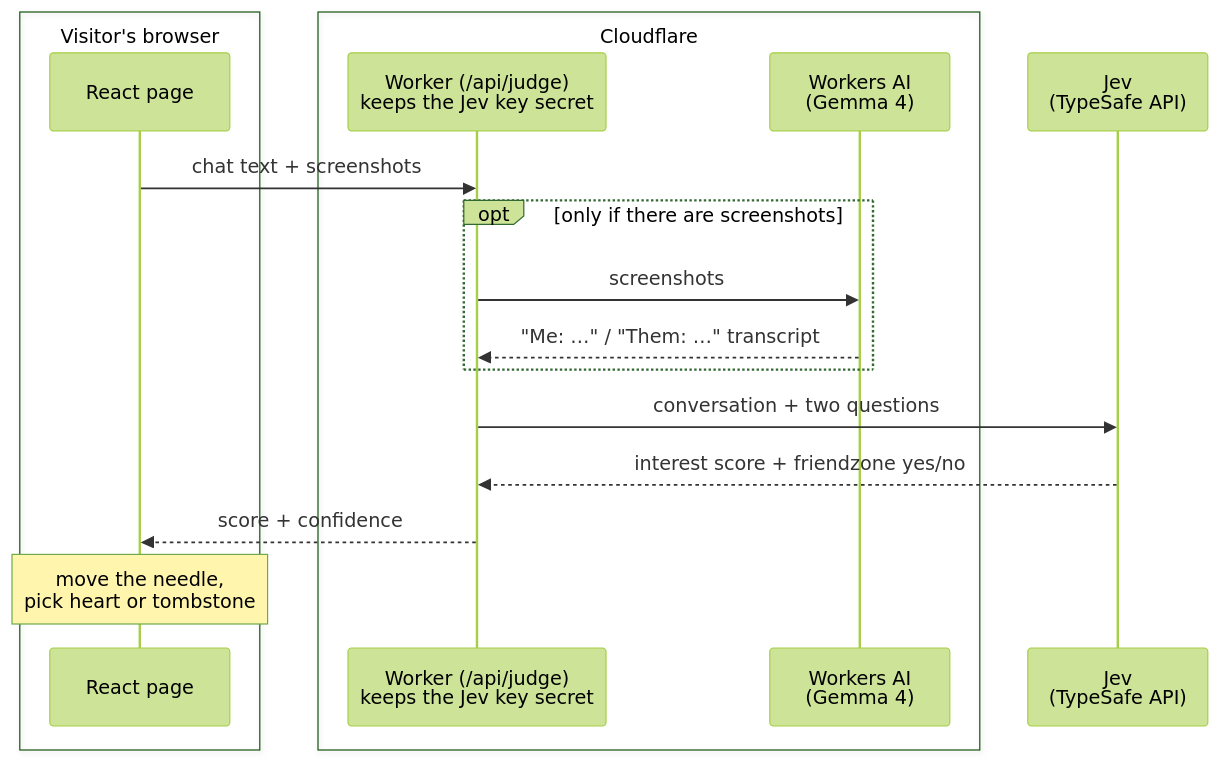
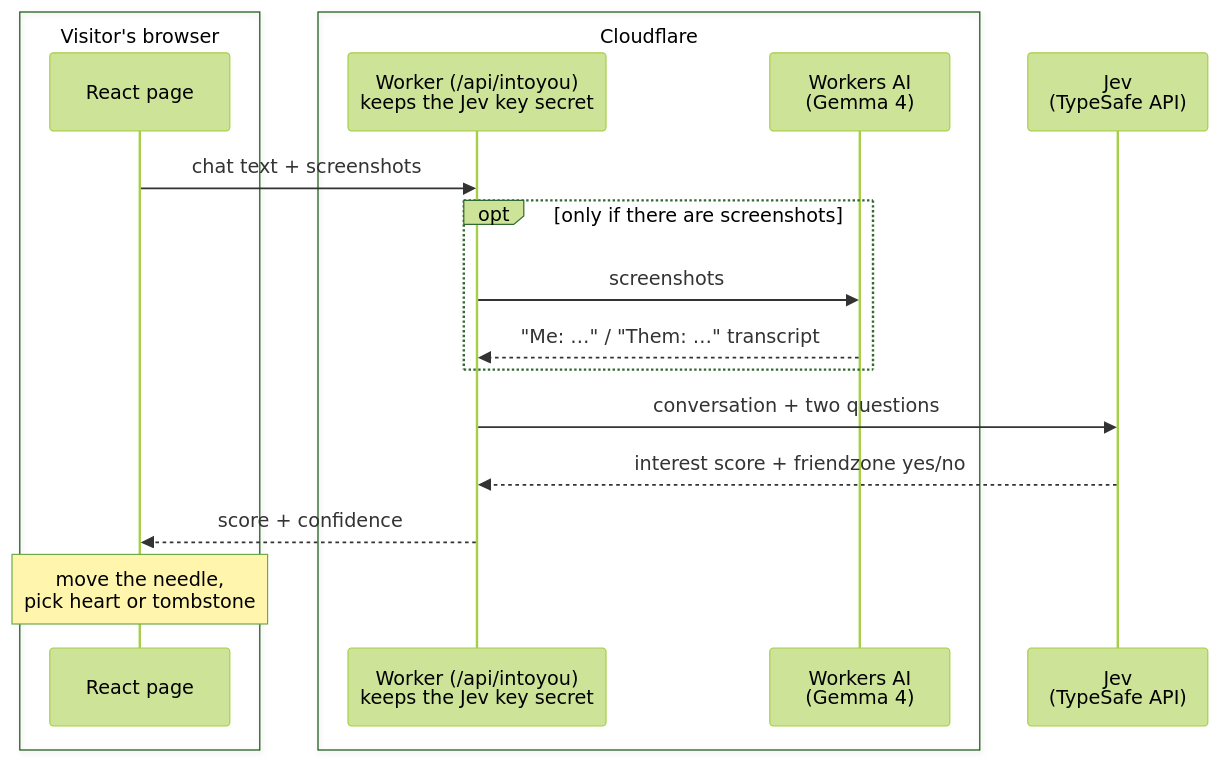
The diagram in README.md (vincenth19/are-they-into-you), drawn with Mermaid (forest theme) before and after one commit. The commit also changed other lines of this file and 17 other files, not shown here.

````diff
--- a/README.md
+++ b/README.md
@@ -31,21 +70,21 @@
 ```mermaid
 sequenceDiagram
   box Visitor's browser
     participant Page as React page
   end
   box Cloudflare
-    participant Worker as Worker (/api/judge)<br/>keeps the Jev key secret
+    participant Worker as Worker (/api/intoyou)<br/>keeps the Jev key secret
     participant Gemma as Workers AI<br/>(Gemma 4)
   end
   participant Jev as Jev<br/>(TypeSafe API)
 
   Page->>Worker: chat text + screenshots
   opt only if there are screenshots
     Worker->>Gemma: screenshots
     Gemma-->>Worker: "Me: …" / "Them: …" transcript
   end
   Worker->>Jev: conversation + two questions
   Jev-->>Worker: interest score + friendzone yes/no
   Worker-->>Page: score + confidence
   Note over Page: move the needle,<br/>pick heart or tombstone
 ```
````
